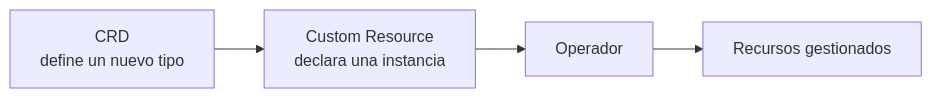
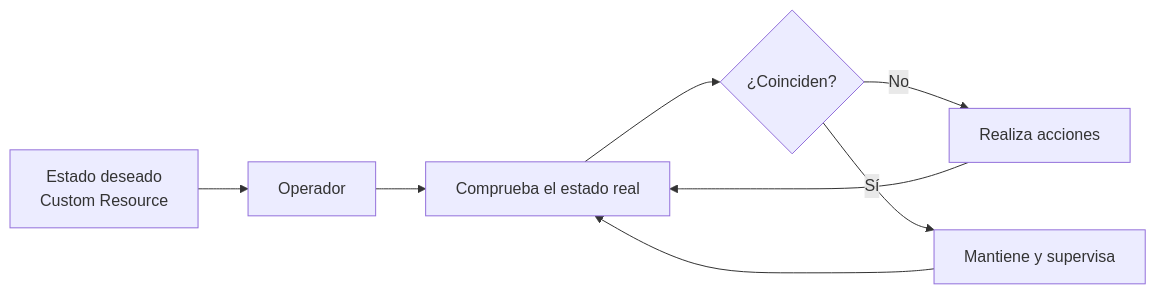
One commit to ieftraining/curso-openshift changed the second of 4 diagrams in docs/sesion3/3.7 Operadores.md. Above: the diagram before and after it, drawn with Mermaid. The commit also changed other lines of this file, not shown here.

````diff
--- a/docs/sesion3/3.7 Operadores.md
+++ b/docs/sesion3/3.7 Operadores.md
@@ -62,6 +51,10 @@
 ```mermaid
 flowchart LR
-    A[CRD<br/>define un nuevo tipo] --> B[Custom Resource<br/>declara una instancia]
-    B --> C[Operador]
-    C --> D[Recursos gestionados]
+    A[Estado deseado<br>Custom Resource] --> B[Operador]
+    B --> C[Comprueba el estado real]
+    C --> D{¿Coinciden?}
+    D -->|No| E[Realiza acciones]
+    E --> C
+    D -->|Sí| F[Mantiene y supervisa]
+    F --> C
 ```
````
